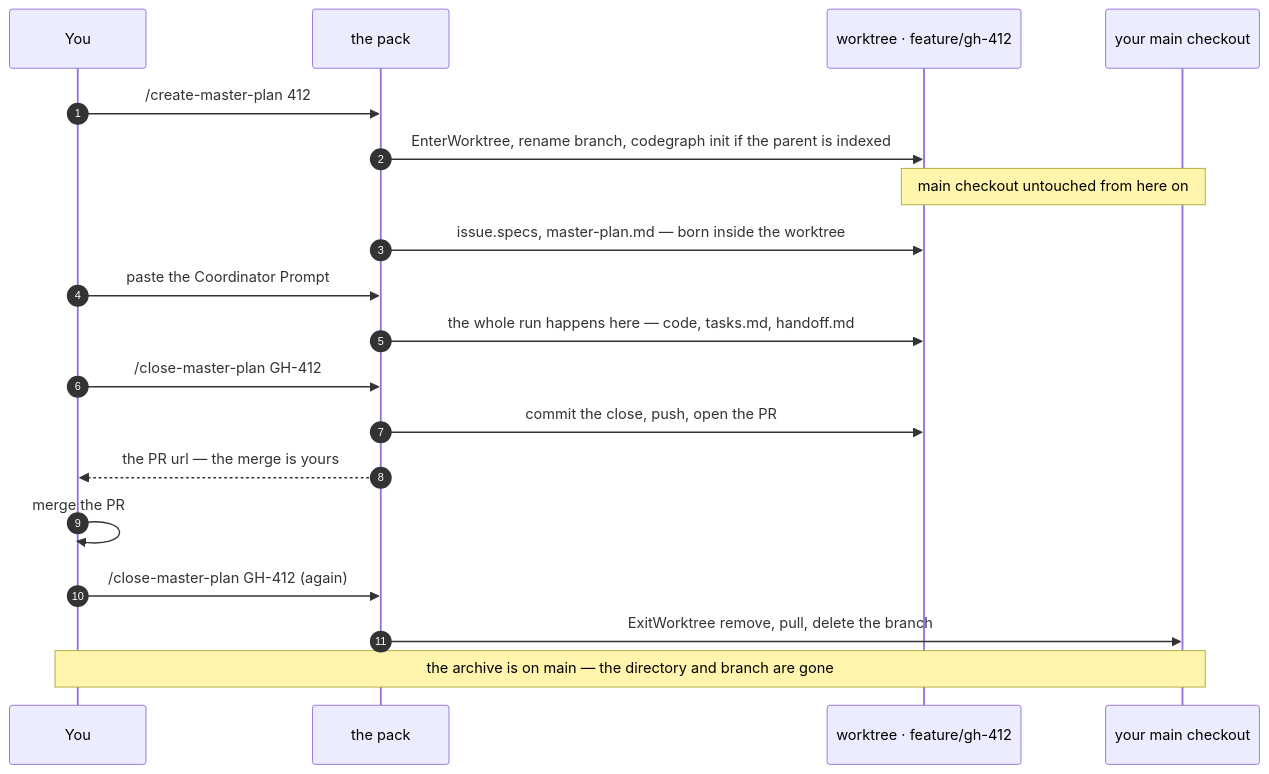
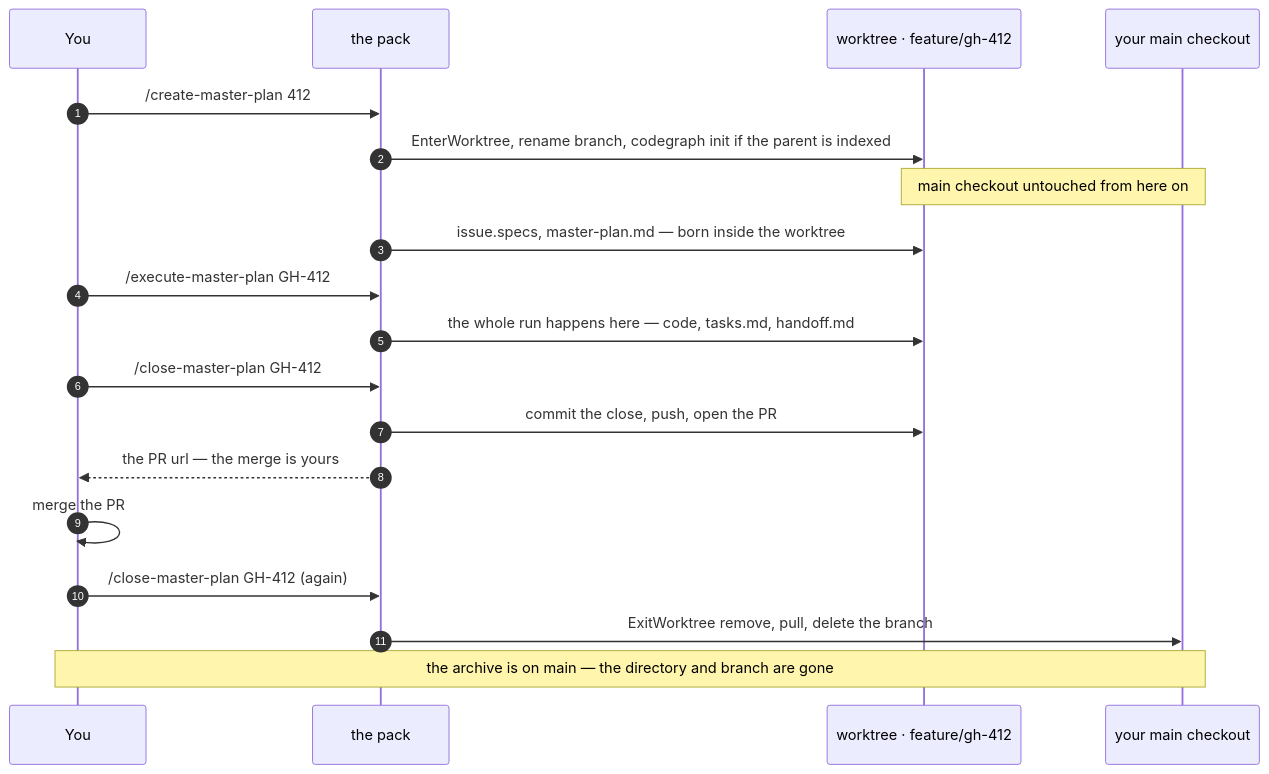
Before and after one commit to necofx/necofx-claude-marketplace: diagram 11 of 13 in docs/master-plan-pack/TUTORIAL.md, drawn with Mermaid. The commit also changed other lines of this file and 15 other files, not shown here.

````diff
--- a/docs/master-plan-pack/TUTORIAL.md
+++ b/docs/master-plan-pack/TUTORIAL.md
@@ -876,25 +886,25 @@
 ```mermaid
 sequenceDiagram
     autonumber
     participant U as You
     participant S as the pack
     participant W as worktree · feature/gh-412
     participant M as your main checkout
 
     U->>S: /create-master-plan 412
     S->>W: EnterWorktree, rename branch, codegraph init if the parent is indexed
     Note over W,M: main checkout untouched from here on
     S->>W: issue.specs, master-plan.md — born inside the worktree
 
-    U->>S: paste the Coordinator Prompt
+    U->>S: /execute-master-plan GH-412
     S->>W: the whole run happens here — code, tasks.md, handoff.md
 
     U->>S: /close-master-plan GH-412
     S->>W: commit the close, push, open the PR
     S-->>U: the PR url — the merge is yours
 
     U->>U: merge the PR
     U->>S: /close-master-plan GH-412  (again)
     S->>M: ExitWorktree remove, pull, delete the branch
     Note over U,M: the archive is on main — the directory and branch are gone
 ```
````
